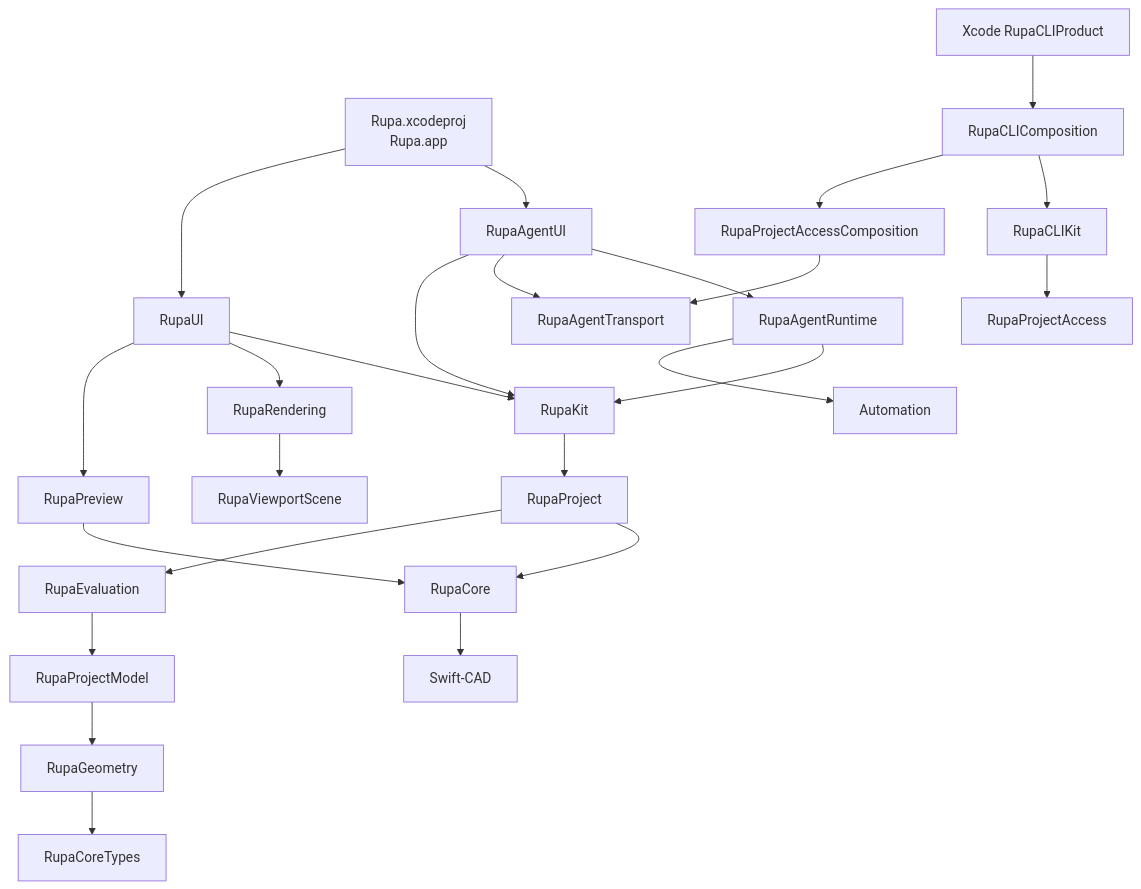
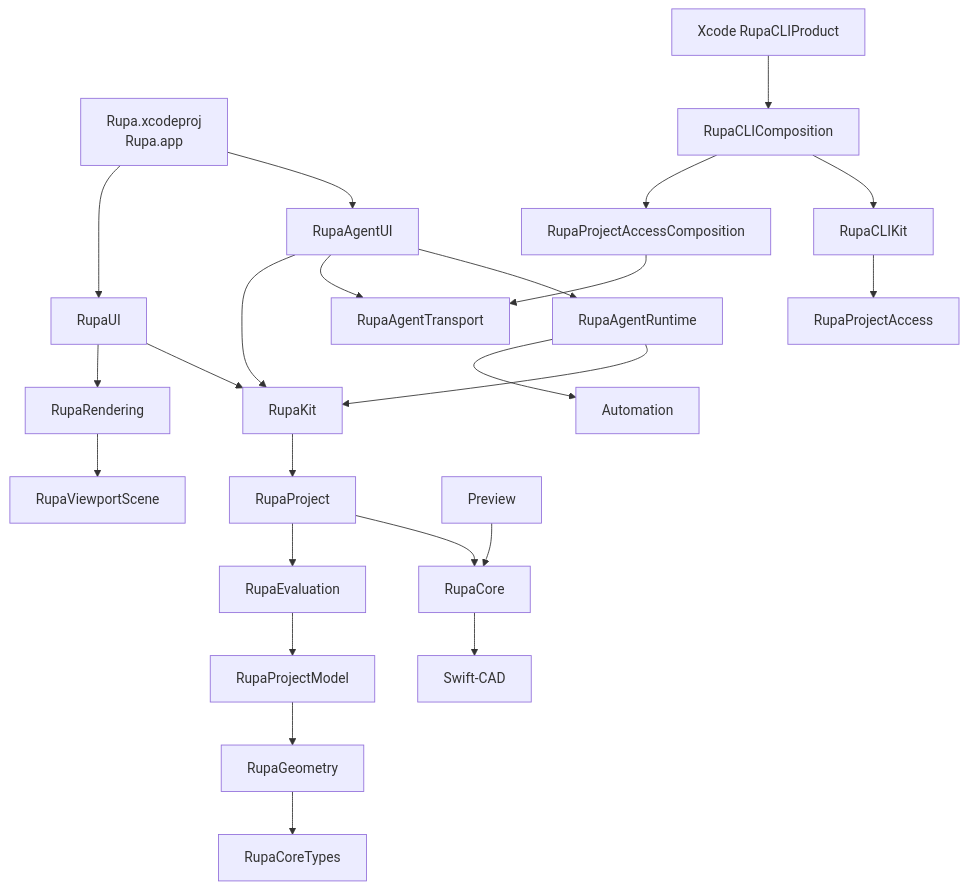
One commit to 1amageek/Rupa changed the first of 26 diagrams in Rupa/SPEC.md. Above: the diagram before and after it, drawn with Mermaid. The commit also changed other lines of this file and 7 other files, not shown here.

Commit message:
Align remaining architecture references

````diff
--- a/Rupa/SPEC.md
+++ b/Rupa/SPEC.md
@@ -56,27 +56,26 @@
 ```mermaid
 flowchart TD
     App["Rupa.xcodeproj<br/>Rupa.app"] --> AgentUI["RupaAgentUI"]
     App --> UI["RupaUI"]
     AgentUI --> Runtime["RupaAgentRuntime"]
     AgentUI --> Transport["RupaAgentTransport"]
     AgentUI --> Kit["RupaKit"]
     UI --> Kit
     UI --> Rendering["RupaRendering"]
-    UI --> Preview["RupaPreview"]
     CLIProduct["Xcode RupaCLIProduct"] --> CLIComposition["RupaCLIComposition"]
     CLIComposition --> CLIKit["RupaCLIKit"]
     CLIComposition --> AccessComposition["RupaProjectAccessComposition"]
     CLIKit --> Access["RupaProjectAccess"]
     AccessComposition --> Transport
     Runtime --> Kit
     Runtime --> Automation
     Kit --> Project["RupaProject"]
     Project --> Core["RupaCore"]
     Project --> Evaluation["RupaEvaluation"]
     Rendering --> ViewportScene["RupaViewportScene"]
     Preview --> Core
     Evaluation --> ProjectModel["RupaProjectModel"]
     ProjectModel --> Geometry["RupaGeometry"]
     Geometry --> CoreTypes["RupaCoreTypes"]
     Core --> SwiftCAD["Swift-CAD"]
 ```
````
